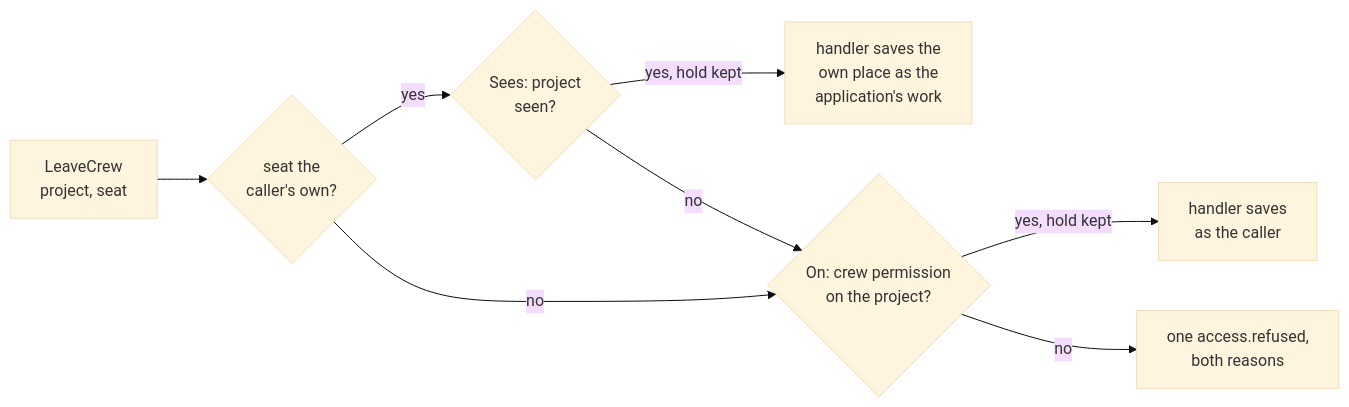
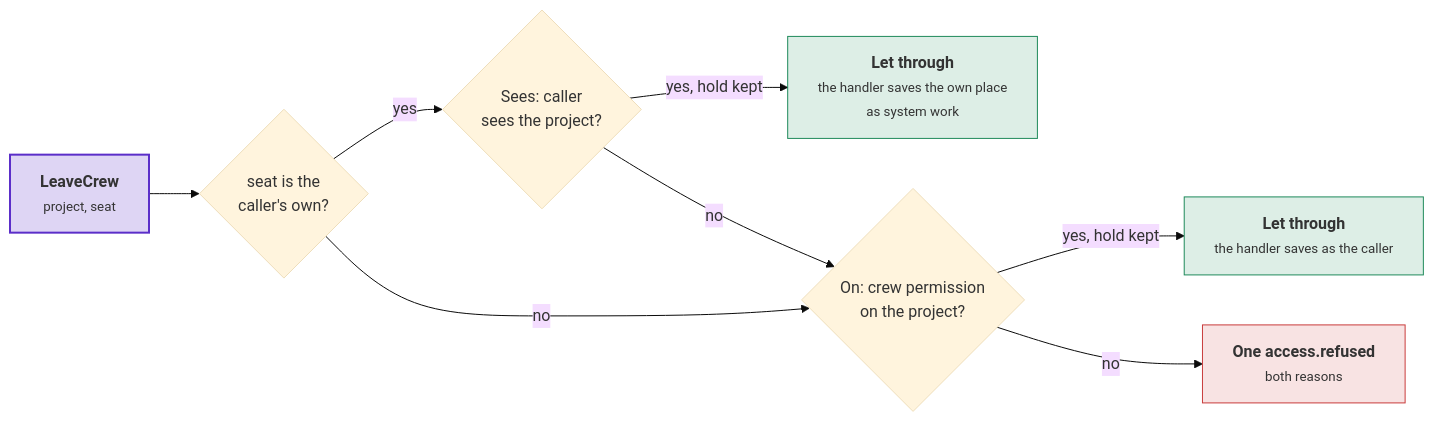
One commit to DylanSnel/DDDToolkit changed the sixth of 10 diagrams in docs/access-requirements.md. Above: the diagram before and after it, drawn with Mermaid (base theme). The commit also changed other lines of this file and 41 other files, not shown here.

First line of the commit message:
Docs: plain prose, one word per concept, and readable diagrams on every page

````diff
--- a/docs/access-requirements.md
+++ b/docs/access-requirements.md
@@ -787,10 +890,16 @@
 ```mermaid
 flowchart LR
-    Sent["LeaveCrew<br/>project, seat"] --> Own{"seat the<br/>caller's own?"}
-    Own -- "yes" --> Sees{"Sees: project<br/>seen?"}
-    Sees -- "yes, hold kept" --> Mine["handler saves the<br/>own place as the<br/>application's work"]
+    Sent["<b>LeaveCrew</b><br/><small>project, seat</small>"] --> Own{"seat is the<br/>caller's own?"}
+    Own -- "yes" --> Sees{"Sees: caller<br/>sees the project?"}
+    Sees -- "yes, hold kept" --> Mine["<b>Let through</b><br/><small>the handler saves the own place<br/>as system work</small>"]
     Own -- "no" --> Permission{"On: crew permission<br/>on the project?"}
     Sees -- "no" --> Permission
-    Permission -- "yes, hold kept" --> Theirs["handler saves<br/>as the caller"]
-    Permission -- "no" --> Refused["one access.refused,<br/>both reasons"]
+    Permission -- "yes, hold kept" --> Theirs["<b>Let through</b><br/><small>the handler saves as the caller</small>"]
+    Permission -- "no" --> Refused["<b>One access.refused</b><br/><small>both reasons</small>"]
+    classDef strong fill:#5b2ec933,stroke:#5b2ec9,stroke-width:2px
+    classDef good fill:#1f8a5b26,stroke:#1f8a5b
+    classDef bad fill:#c93c3c24,stroke:#c93c3c
+    class Sent strong
+    class Mine,Theirs good
+    class Refused bad
 ```
````
